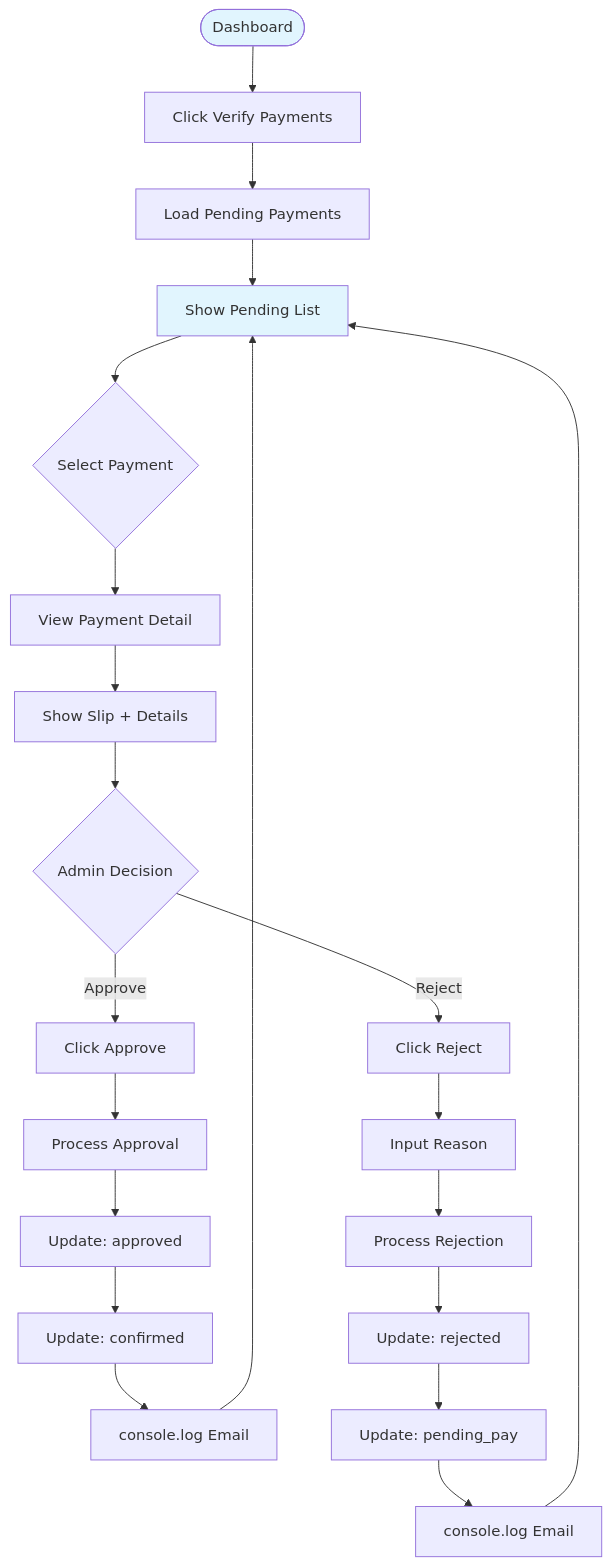
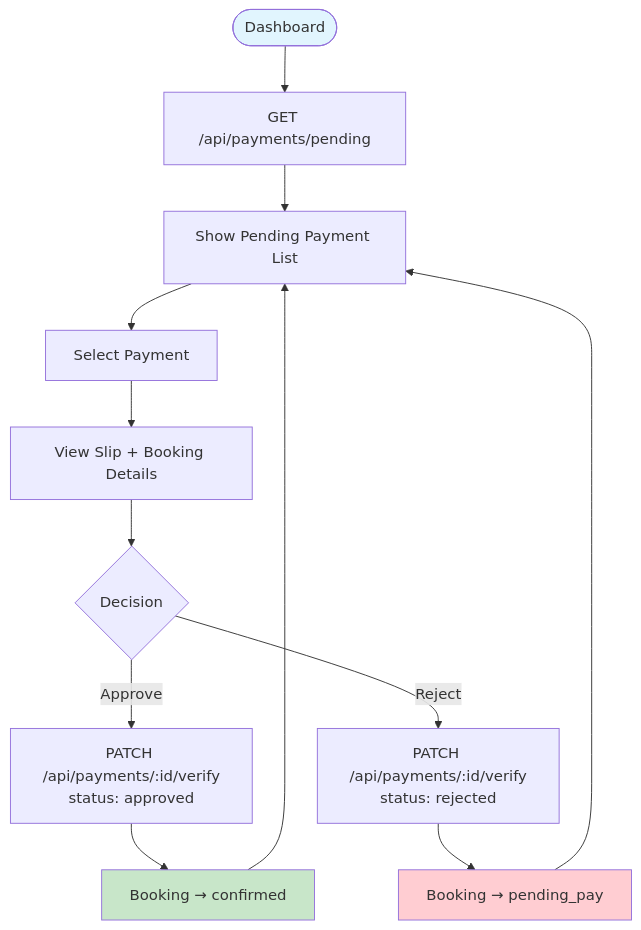
Before and after one commit to psu6810110135/final_porj: diagram 13 of 15 in system_based/User Flow.md, drawn with Mermaid. The commit also changed other lines of this file and 6 other files, not shown here.

````diff
--- a/system_based/User Flow.md
+++ b/system_based/User Flow.md
@@ -279,31 +341,22 @@
 ```mermaid
 flowchart TD
-    Dashboard([Dashboard]) --> Menu[Click Verify Payments]
-    Menu --> Load[Load Pending Payments]
-    Load --> List[Show Pending List]
+    Dashboard([Dashboard]) --> Payments[GET /api/payments/pending]
+    Payments --> List[Show Pending Payment List]
 
-    List --> Select{Select Payment}
+    List --> Select[Select Payment]
+    Select --> View[View Slip + Booking Details]
 
-    Select --> View[View Payment Detail]
-    View --> Show[Show Slip + Details]
+    View --> Decide{Decision}
 
-    Show --> Decide{Admin Decision}
+    Decide -- Approve --> Approve[PATCH /api/payments/:id/verify<br>status: approved]
+    Approve --> UpdateBooking[Booking → confirmed]
+    UpdateBooking --> List
 
-    Decide -- Approve --> Approve[Click Approve]
-    Approve --> ProcessApprove[Process Approval]
-    ProcessApprove --> UpdatePay[Update: approved]
-    UpdatePay --> UpdateBook[Update: confirmed]
-    UpdateBook --> Log[console.log Email]
-    Log --> List
-
-    Decide -- Reject --> Reject[Click Reject]
-    Reject --> InputReason[Input Reason]
-    InputReason --> ProcessReject[Process Rejection]
-    ProcessReject --> UpdateReject[Update: rejected]
-    UpdateReject --> UpdatePending[Update: pending_pay]
-    UpdatePending --> LogReject[console.log Email]
-    LogReject --> List
+    Decide -- Reject --> Reject[PATCH /api/payments/:id/verify<br>status: rejected]
+    Reject --> BookingReset[Booking → pending_pay]
+    BookingReset --> List
 
     style Dashboard fill:#E1F5FE
-    style List fill:#E1F5FE
+    style UpdateBooking fill:#C8E6C9
+    style BookingReset fill:#FFCDD2
 ```
````
